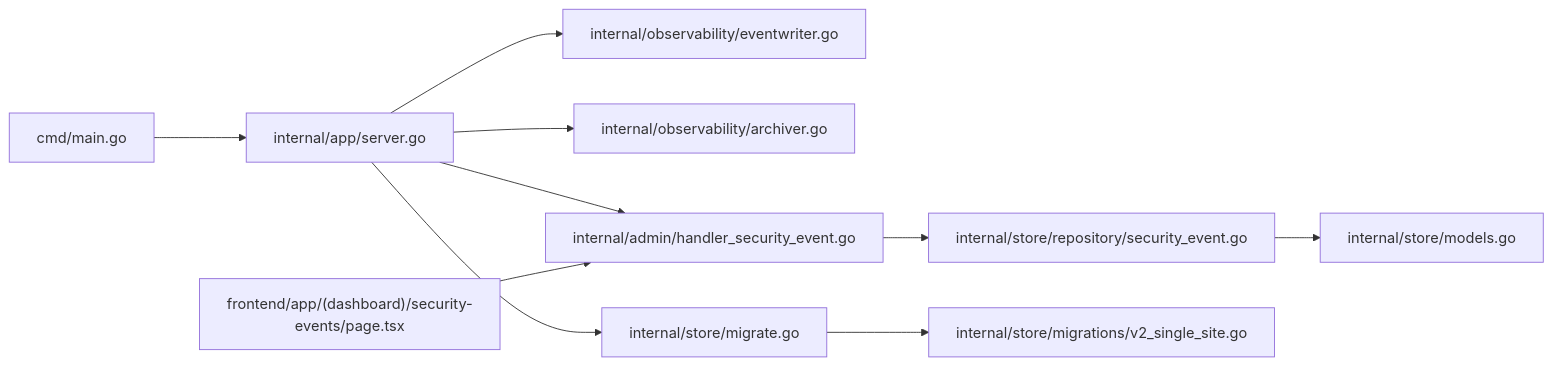
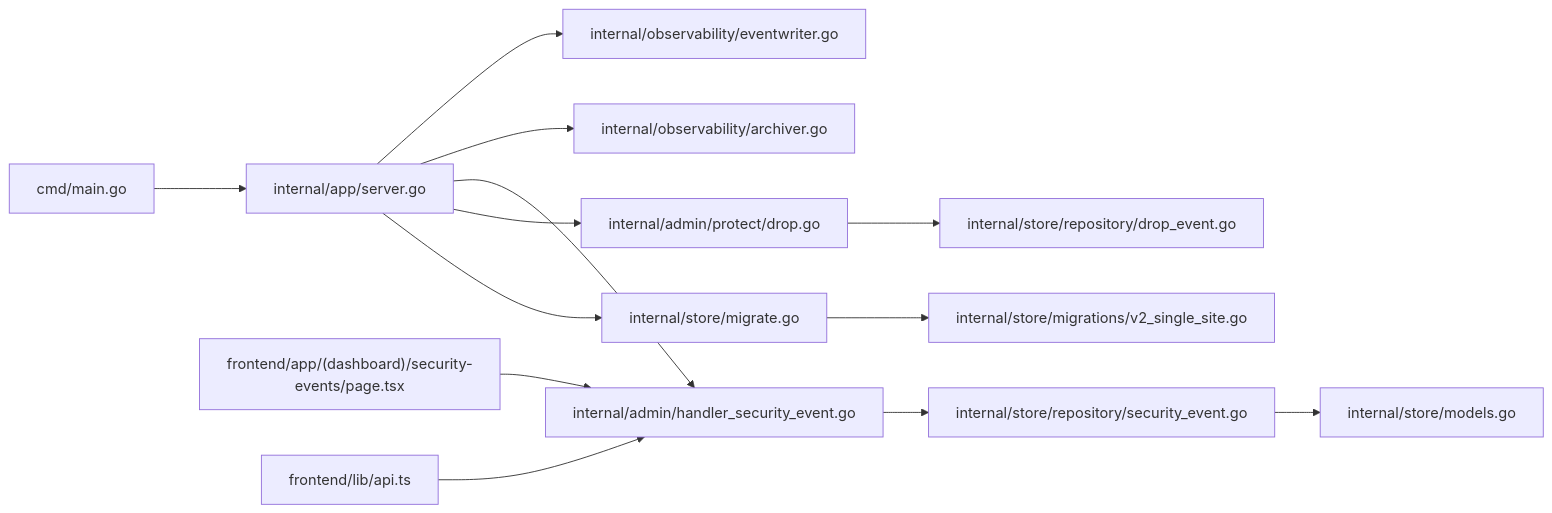
The eighth of 8 diagrams in docs/监控与可观测性/事件归档系统.md (x01n/My-OpenWaf), drawn with Mermaid before and after one commit. The commit also changed other lines of this file and 199 other files, not shown here.

````diff
--- a/docs/监控与可观测性/事件归档系统.md
+++ b/docs/监控与可观测性/事件归档系统.md
@@ -287,12 +296,15 @@
 ```mermaid
 graph LR
 MAIN["cmd/main.go"] --> SERVER["internal/app/server.go"]
 SERVER --> EVENTWRITER["internal/observability/eventwriter.go"]
 SERVER --> ARCHIVER["internal/observability/archiver.go"]
 SERVER --> HANDLER["internal/admin/handler_security_event.go"]
+SERVER --> DROP_HANDLER["internal/admin/protect/drop.go"]
 HANDLER --> REPO["internal/store/repository/security_event.go"]
+DROP_HANDLER --> DROP_REPO["internal/store/repository/drop_event.go"]
 REPO --> MODELS["internal/store/models.go"]
 SERVER --> MIGRATE["internal/store/migrate.go"]
 MIGRATE --> MIGRATION["internal/store/migrations/v2_single_site.go"]
 UI["frontend/app/(dashboard)/security-events/page.tsx"] --> HANDLER
+FRONTEND_API["frontend/lib/api.ts"] --> HANDLER
 ```
````
